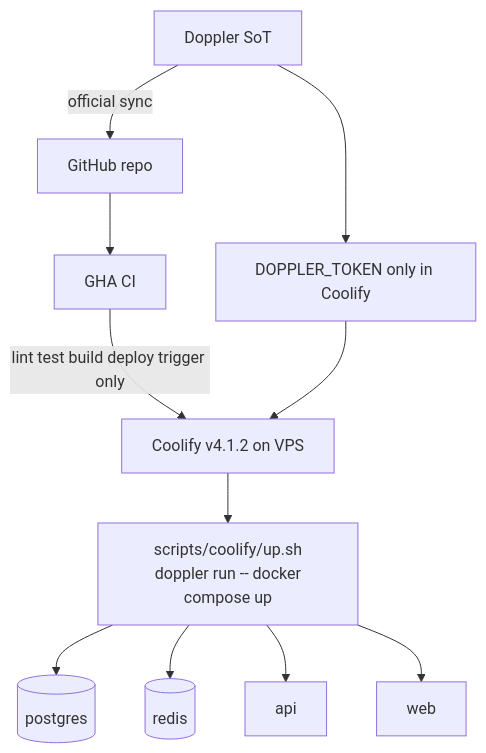
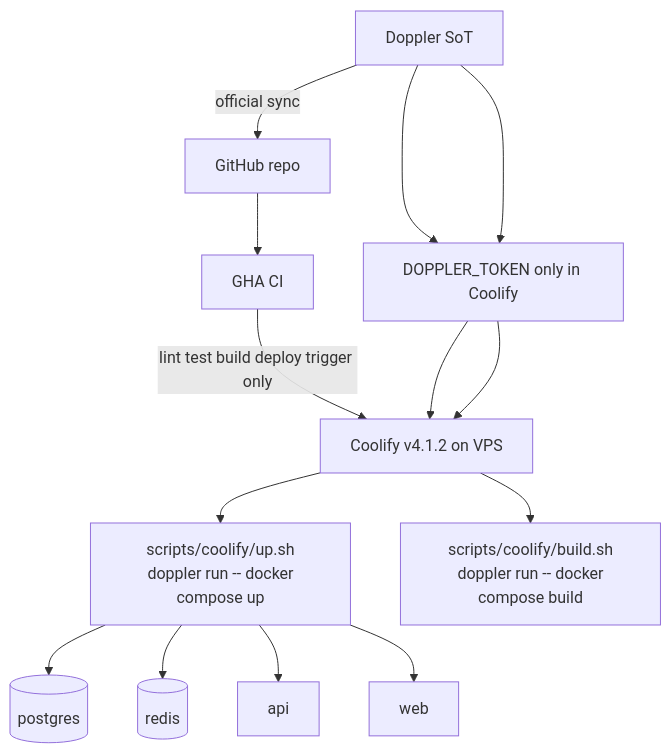
One commit to Milkywayrules/padelski.id changed the first of 2 diagrams in docs/adr/0002-deploy-secrets-doppler-coolify.md. Above: the diagram before and after it, drawn with Mermaid. The commit also changed other lines of this file and 6 other files, not shown here.

First line of the commit message:
fix(deploy): harden Docker stack for Pattern A Doppler + Coolify

````diff
--- a/docs/adr/0002-deploy-secrets-doppler-coolify.md
+++ b/docs/adr/0002-deploy-secrets-doppler-coolify.md
@@ -11,22 +11,24 @@
 ```mermaid
 flowchart TB
     DOP[Doppler SoT]
     GH[GitHub repo]
     GHA[GHA CI]
     COOL[Coolify v4.1.2 on VPS]
     TOK[DOPPLER_TOKEN only in Coolify]
     UP["scripts/coolify/up.sh\n doppler run -- docker compose up"]
+    BUILD["scripts/coolify/build.sh\n doppler run -- docker compose build"]
     PG[(postgres)]
     RD[(redis)]
     API[api]
     WEB[web]
 
     DOP -->|official sync| GH
     GH --> GHA
     GHA -->|lint test build deploy trigger only| COOL
+    DOP --> TOK --> COOL --> BUILD
     DOP --> TOK --> COOL --> UP
     UP --> PG
     UP --> RD
     UP --> API
     UP --> WEB
 ```
````
